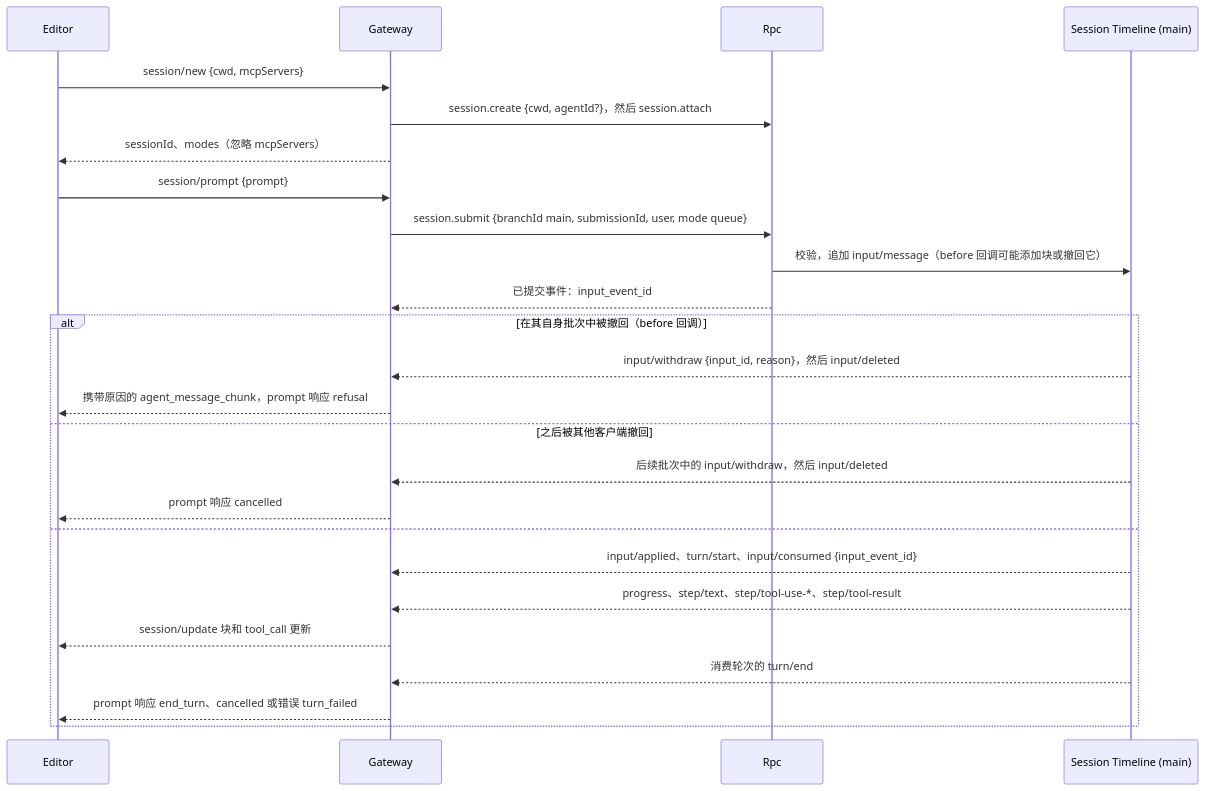
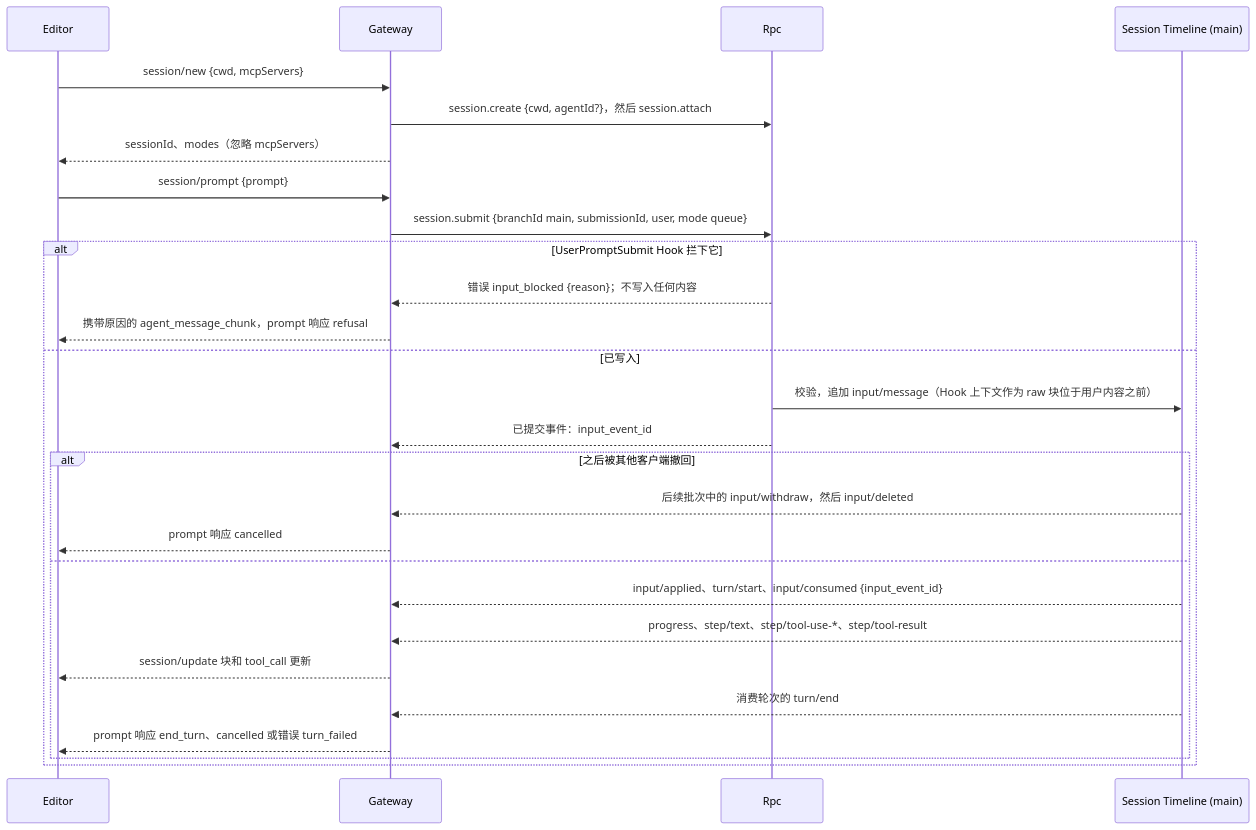
The third of 5 diagrams in docs/zh/design/plugins/AcpGateway.md (CoutinhoTTS/dim-agent), drawn with Mermaid before and after one commit. The commit also changed other lines of this file and 7 other files, not shown here.

````diff
--- a/docs/zh/design/plugins/AcpGateway.md
+++ b/docs/zh/design/plugins/AcpGateway.md
@@ -67,27 +65,29 @@
 ```mermaid
 sequenceDiagram
   participant E as Editor
   participant G as Gateway
   participant R as Rpc
   participant TL as Session Timeline (main)
   E->>G: session/new {cwd, mcpServers}
   G->>R: session.create {cwd, agentId?}，然后 session.attach
   G-->>E: sessionId、modes（忽略 mcpServers）
   E->>G: session/prompt {prompt}
   G->>R: session.submit {branchId main, submissionId, user, mode queue}
-  R->>TL: 校验，追加 input/message（before 回调可能添加块或撤回它）
+  alt UserPromptSubmit Hook 拦下它
+    R-->>G: 错误 input_blocked {reason}；不写入任何内容
+    G-->>E: 携带原因的 agent_message_chunk，prompt 响应 refusal
+  else 已写入
+  R->>TL: 校验，追加 input/message（Hook 上下文作为 raw 块位于用户内容之前）
   R-->>G: 已提交事件：input_event_id
-  alt 在其自身批次中被撤回（before 回调）
-    TL-->>G: input/withdraw {input_id, reason}，然后 input/deleted
-    G-->>E: 携带原因的 agent_message_chunk，prompt 响应 refusal
-  else 之后被其他客户端撤回
+  alt 之后被其他客户端撤回
     TL-->>G: 后续批次中的 input/withdraw，然后 input/deleted
     G-->>E: prompt 响应 cancelled
   else
   TL-->>G: input/applied、turn/start、input/consumed {input_event_id}
   TL-->>G: progress、step/text、step/tool-use-*、step/tool-result
   G-->>E: session/update 块和 tool_call 更新
   TL-->>G: 消费轮次的 turn/end
   G-->>E: prompt 响应 end_turn、cancelled 或错误 turn_failed
   end
+  end
 ```
````
